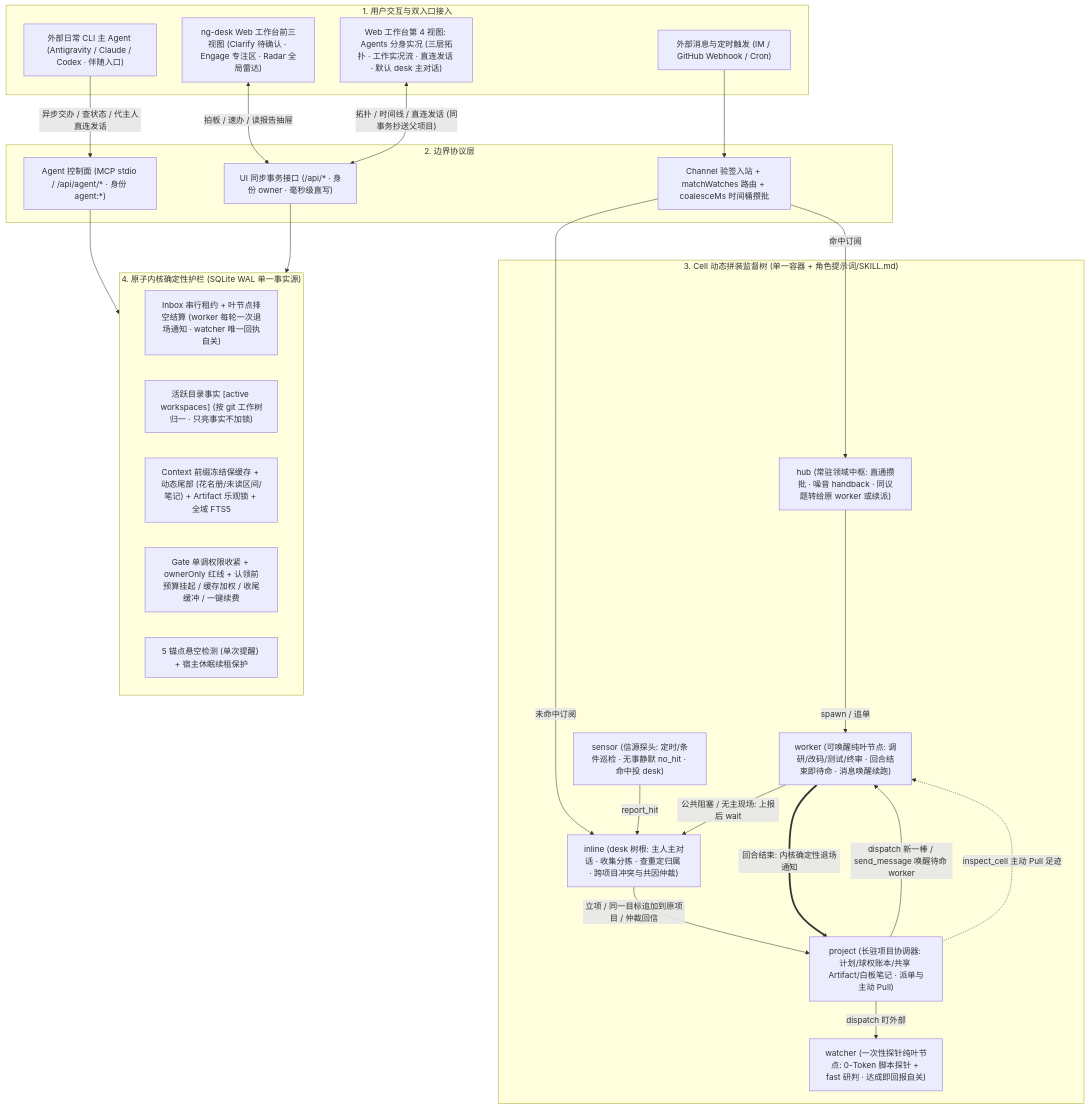
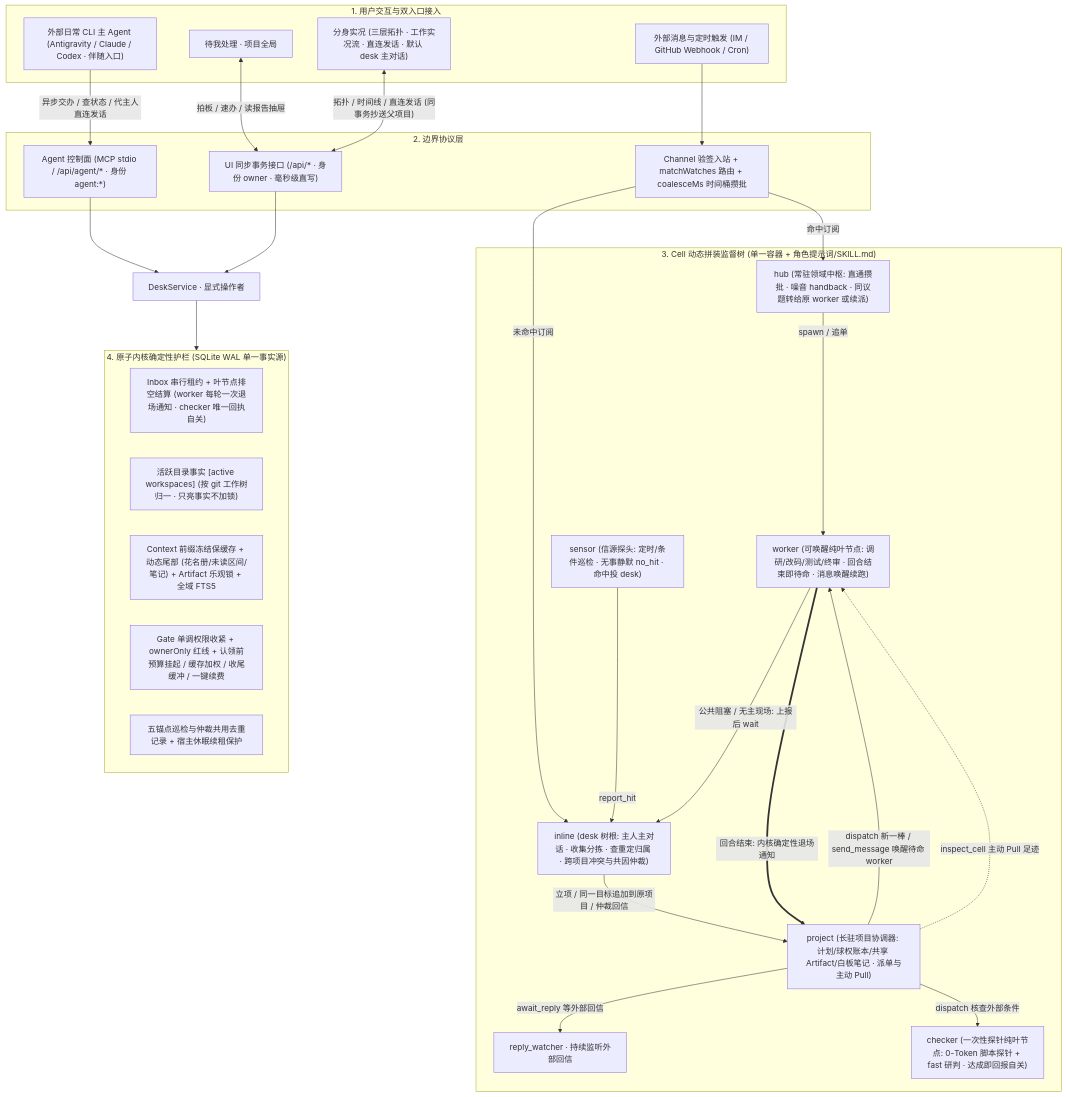
The first of 3 diagrams in docs/02-workflows/00-system-mechanics.md (project-aoi/ng-agents), drawn with Mermaid before and after one commit. The commit also changed other lines of this file and 210 other files, not shown here.

````diff
--- a/docs/02-workflows/00-system-mechanics.md
+++ b/docs/02-workflows/00-system-mechanics.md
@@ -11,49 +11,52 @@
 ```mermaid
 flowchart TB
     subgraph Surface["1. 用户交互与双入口接入"]
         Chat["外部日常 CLI 主 Agent (Antigravity / Claude / Codex · 伴随入口)"]
-        WebUI["ng-desk Web 工作台前三视图 (Clarify 待确认 · Engage 专注区 · Radar 全局雷达)"]
-        AgentsView["Web 工作台第 4 视图: Agents 分身实况 (三层拓扑 · 工作实况流 · 直连发话 · 默认 desk 主对话)"]
+        WebUI["待我处理 · 项目全局"]
+        AgentsView["分身实况 (三层拓扑 · 工作实况流 · 直连发话 · 默认 desk 主对话)"]
         ExtChan["外部消息与定时触发 (IM / GitHub Webhook / Cron)"]
     end
 
     subgraph Control["2. 边界协议层"]
         MCP["Agent 控制面 (MCP stdio / /api/agent/* · 身份 agent:*)"]
         SyncAPI["UI 同步事务接口 (/api/* · 身份 owner · 毫秒级直写)"]
         Ingress["Channel 验签入站 + matchWatches 路由 + coalesceMs 时间桶攒批"]
     end
 
     subgraph Cells["3. Cell 动态拼装监督树 (单一容器 + 角色提示词/SKILL.md)"]
         Desk["inline (desk 树根: 主人主对话 · 收集分拣 · 查重定归属 · 跨项目冲突与共因仲裁)"]
         Sensor["sensor (信源探头: 定时/条件巡检 · 无事静默 no_hit · 命中投 desk)"]
         Hub["hub (常驻领域中枢: 直通攒批 · 噪音 handback · 同议题转给原 worker 或续派)"]
         Proj["project (长驻项目协调器: 计划/球权账本/共享 Artifact/白板笔记 · 派单与主动 Pull)"]
         Worker["worker (可唤醒纯叶节点: 调研/改码/测试/终审 · 回合结束即待命 · 消息唤醒续跑)"]
-        Watcher["watcher (一次性探针纯叶节点: 0-Token 脚本探针 + fast 研判 · 达成即回报自关)"]
+        ReplyWatcher["reply_watcher · 持续监听外部回信"]
+        Watcher["checker (一次性探针纯叶节点: 0-Token 脚本探针 + fast 研判 · 达成即回报自关)"]
     end
 
     subgraph Kernel["4. 原子内核确定性护栏 (SQLite WAL 单一事实源)"]
-        G1["Inbox 串行租约 + 叶节点排空结算 (worker 每轮一次退场通知 · watcher 唯一回执自关)"]
+        G1["Inbox 串行租约 + 叶节点排空结算 (worker 每轮一次退场通知 · checker 唯一回执自关)"]
         G2["活跃目录事实 [active workspaces] (按 git 工作树归一 · 只亮事实不加锁)"]
         G3["Context 前缀冻结保缓存 + 动态尾部 (花名册/未读区间/笔记) + Artifact 乐观锁 + 全域 FTS5"]
         G4["Gate 单调权限收紧 + ownerOnly 红线 + 认领前预算挂起 / 缓存加权 / 收尾缓冲 / 一键续费"]
-        G5["5 锚点悬空检测 (单次提醒) + 宿主休眠续租保护"]
+        G5["五锚点巡检与仲裁共用去重记录 + 宿主休眠续租保护"]
     end
 
     Chat -->|"异步交办 / 查状态 / 代主人直连发话"| MCP
     WebUI <-->|"拍板 / 速办 / 读报告抽屉"| SyncAPI
     AgentsView <-->|"拓扑 / 时间线 / 直连发话 (同事务抄送父项目)"| SyncAPI
     ExtChan --> Ingress
-    MCP --> Kernel
-    SyncAPI --> Kernel
+    MCP --> Commands["DeskService · 显式操作者"]
+    SyncAPI --> Commands
+    Commands --> Kernel
     Ingress -->|"命中订阅"| Hub
     Ingress -->|"未命中订阅"| Desk
     Sensor -->|"report_hit"| Desk
     Desk -->|"立项 / 同一目标追加到原项目 / 仲裁回信"| Proj
     Proj -->|"dispatch 新一棒 / send_message 唤醒待命 worker"| Worker
-    Proj -->|"dispatch 盯外部"| Watcher
+    Proj -->|"dispatch 核查外部条件"| Watcher
+    Proj -->|"await_reply 等外部回信"| ReplyWatcher
     Hub -->|"spawn / 追单"| Worker
     Worker ==>|"回合结束: 内核确定性退场通知"| Proj
     Proj -.->|"inspect_cell 主动 Pull 足迹"| Worker
     Worker -->|"公共阻塞 / 无主现场: 上报后 wait"| Desk
 ```
````
